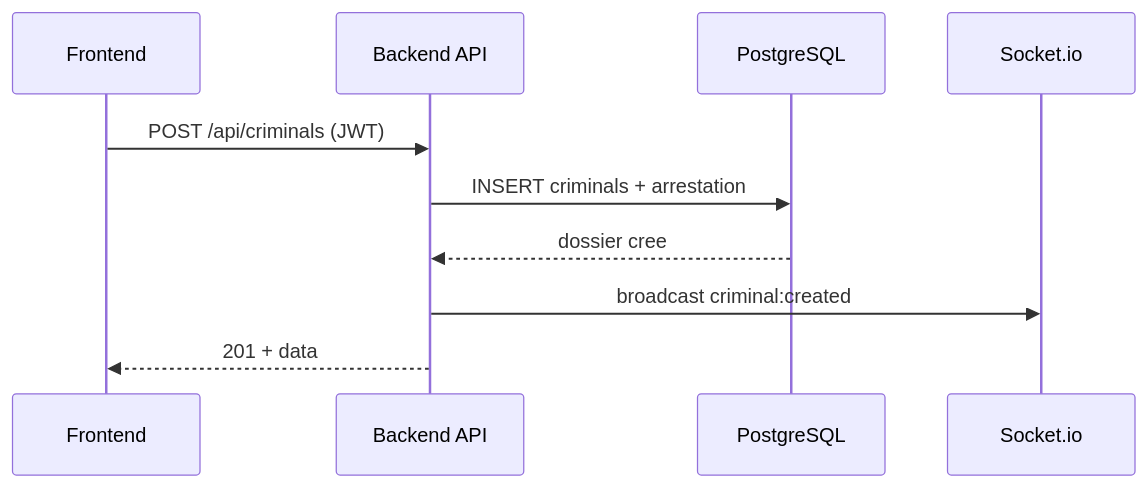
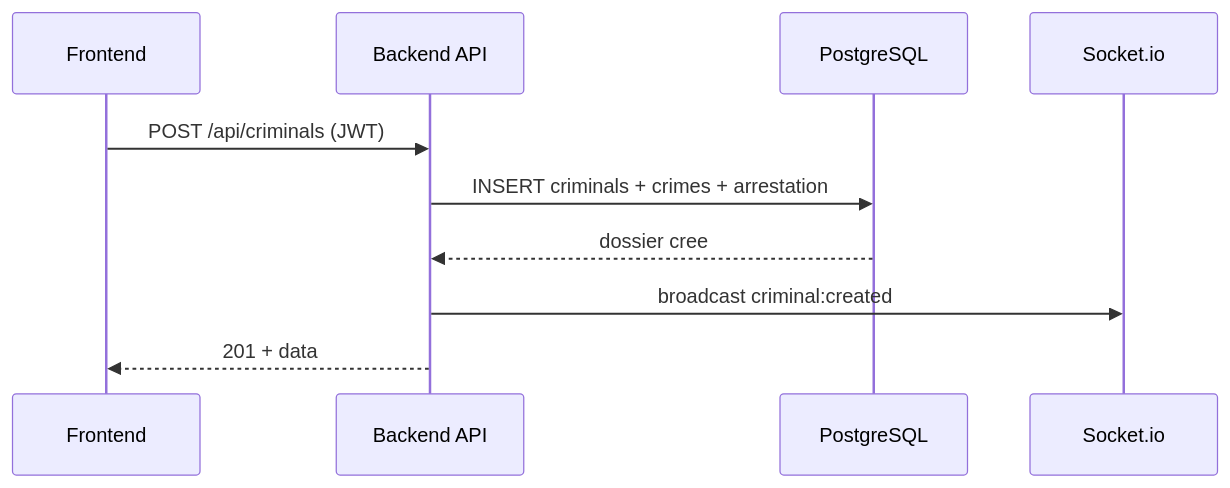
The third of 3 diagrams in BASE_DE_DONNEES_MCD_MLD.md (welcom-fresnel/crimi), drawn with Mermaid before and after one commit. The commit also changed other lines of this file and 32 other files, not shown here.

````diff
--- a/BASE_DE_DONNEES_MCD_MLD.md
+++ b/BASE_DE_DONNEES_MCD_MLD.md
@@ -392,13 +445,13 @@
 ```mermaid
 sequenceDiagram
     participant UI as Frontend
     participant API as Backend API
     participant DB as PostgreSQL
     participant WS as Socket.io
 
     UI->>API: POST /api/criminals (JWT)
-    API->>DB: INSERT criminals + arrestation
+    API->>DB: INSERT criminals + crimes + arrestation
     DB-->>API: dossier cree
     API->>WS: broadcast criminal:created
     API-->>UI: 201 + data
 ```
````
